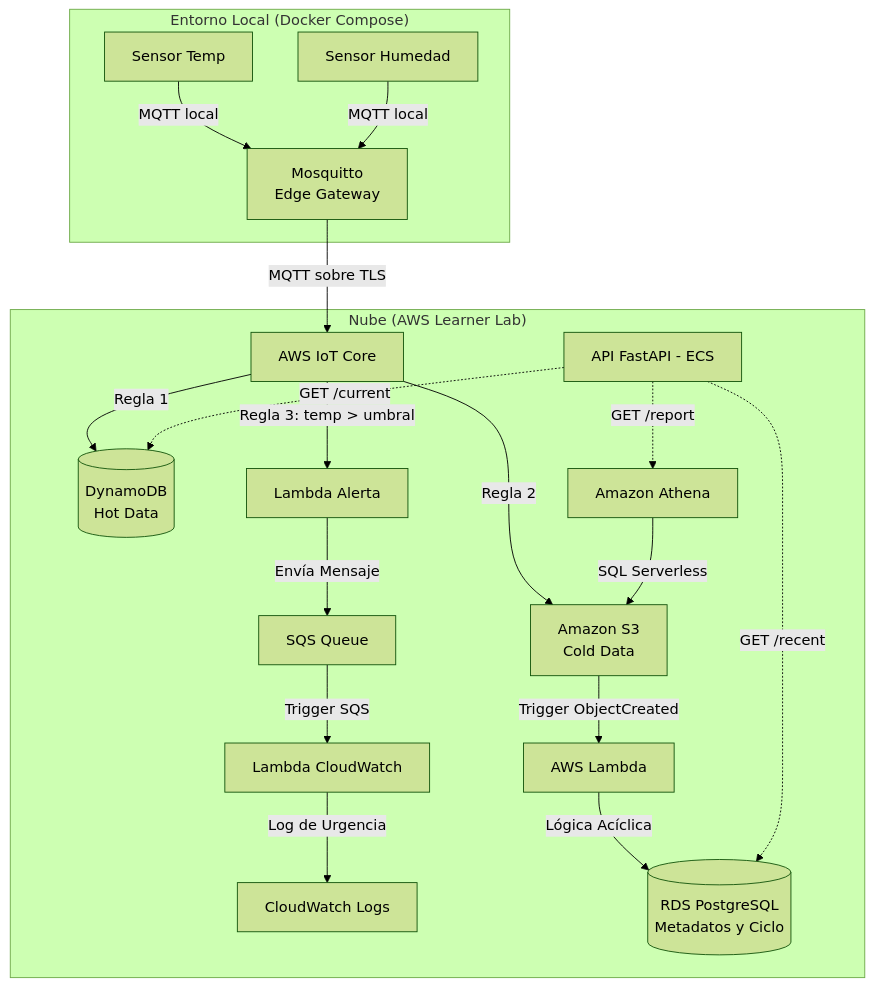
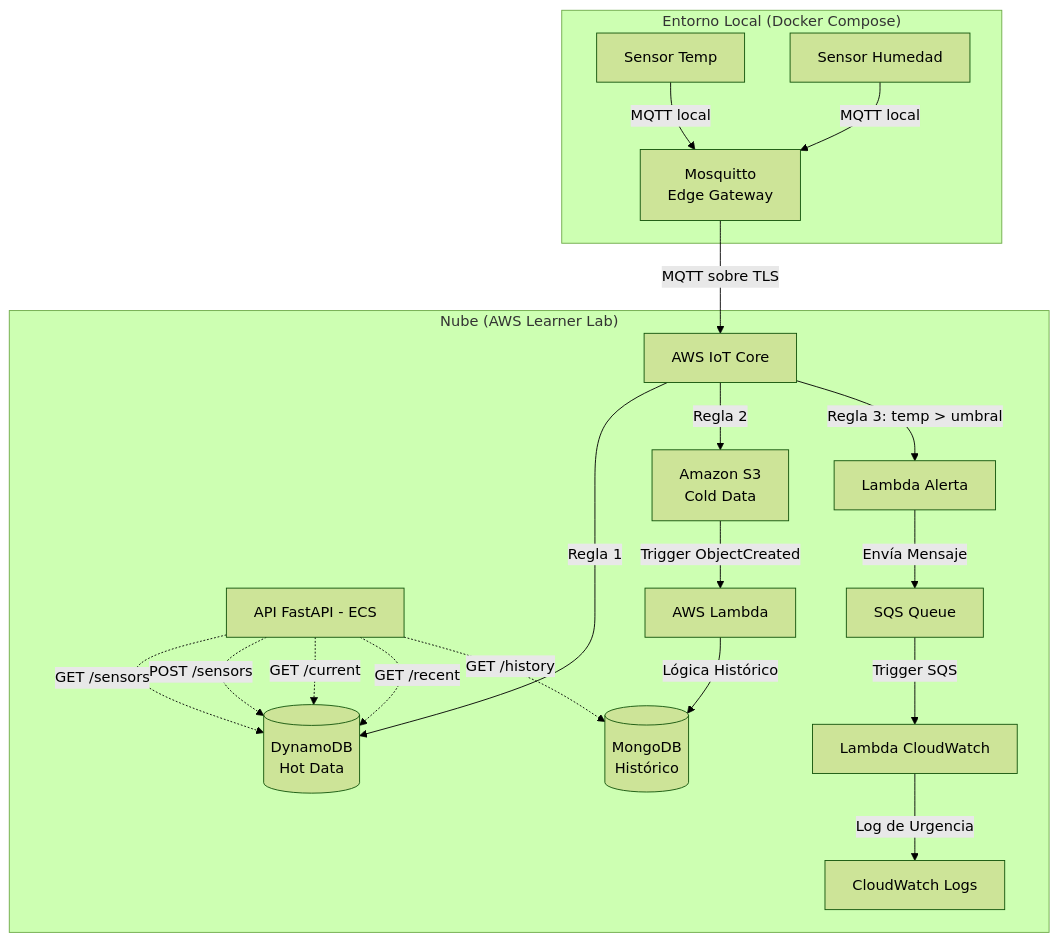
One commit to SebasEE77/Final_IoT_Project changed the second of 2 diagrams in README.md. Above: the diagram before and after it, drawn with Mermaid (forest theme). The commit also changed other lines of this file, not shown here.

````diff
--- a/README.md
+++ b/README.md
@@ -36,30 +36,30 @@
 ```mermaid
 graph TD
     subgraph "Entorno Local (Docker Compose)"
         S1[Sensor Temp] -->|MQTT local| M[Mosquitto\nEdge Gateway]
         S2[Sensor Humedad] -->|MQTT local| M
 
     end
 
     subgraph "Nube (AWS Learner Lab)"
         API[API FastAPI - ECS]
         M -->|MQTT sobre TLS| IOT[AWS IoT Core]
         
         IOT -->|Regla 1| DDB[(DynamoDB\nHot Data)]
         IOT -->|Regla 2| S3[Amazon S3\nCold Data]
         IOT -->|Regla 3: temp > umbral| L1[Lambda Alerta]
         
         L1 -->|Envía Mensaje| Q[SQS Queue]
         Q -->|Trigger SQS| L2[Lambda CloudWatch]
         L2 -->|Log de Urgencia| CW[CloudWatch Logs]
         
         S3 -->|Trigger ObjectCreated| L[AWS Lambda]
-        L -->|Lógica Acíclica| RDS[(RDS PostgreSQL\nMetadatos y Ciclo)]
-        
-        ATH[Amazon Athena] -->|SQL Serverless| S3
+        L -->|Lógica Histórico| MongoDB[(MongoDB\nHistórico)]
     end
 
+    API -.->|GET /sensors| DDB
+    API -.->|POST /sensors| DDB
     API -.->|GET /current| DDB
-    API -.->|GET /recent| RDS
-    API -.->|GET /report| ATH
+    API -.->|GET /recent| DDB
+    API -.->|GET /history| MongoDB
 ```
````
